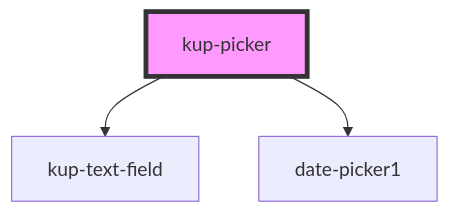
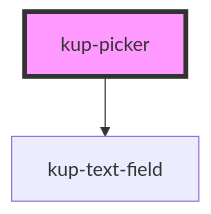
One commit to smeup/ketchup changed the diagram in packages/ketchup/src/components/kup-picker/readme.md. Above: the diagram before and after it, drawn with Mermaid. The commit also changed other lines of this file and 7 other files, not shown here.

Commit message:
init implementation for time-picker in kup-picker

````diff
--- a/packages/ketchup/src/components/kup-picker/readme.md
+++ b/packages/ketchup/src/components/kup-picker/readme.md
@@ -51,6 +52,5 @@
 ```mermaid
 graph TD;
   kup-picker --> kup-text-field
-  kup-picker --> date-picker1
   style kup-picker fill:#f9f,stroke:#333,stroke-width:4px
 ```
````
